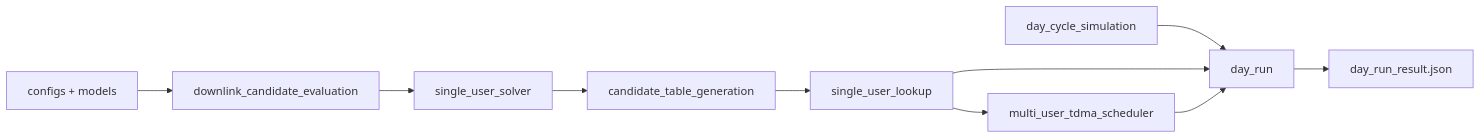
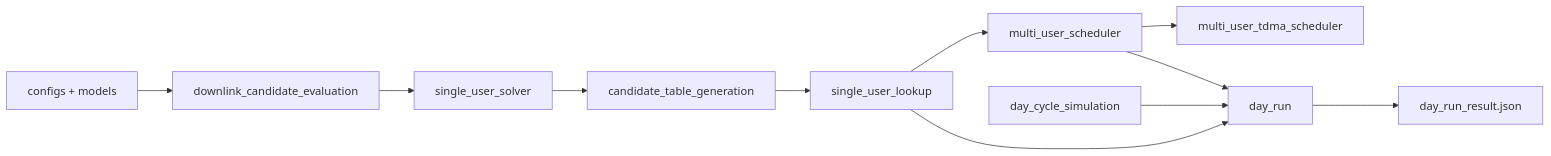
Before and after one commit to henryblu/ran-joint-scheduling-optimization: the diagram in README.md, drawn with Mermaid. The commit also changed other lines of this file and 9 other files, not shown here.

````diff
--- a/README.md
+++ b/README.md
@@ -51,12 +52,13 @@
 ```mermaid
 flowchart LR
     A["configs + models"] --> B["downlink_candidate_evaluation"]
     B --> C["single_user_solver"]
     C --> D["candidate_table_generation"]
     D --> E["single_user_lookup"]
-    E --> F["multi_user_tdma_scheduler"]
-    G["day_cycle_simulation"] --> H["day_run"]
-    E --> H
-    F --> H
-    H --> I["day_run_result.json"]
+    E --> F["multi_user_scheduler"]
+    F --> G["multi_user_tdma_scheduler"]
+    H["day_cycle_simulation"] --> I["day_run"]
+    E --> I
+    F --> I
+    I --> J["day_run_result.json"]
 ```
````
